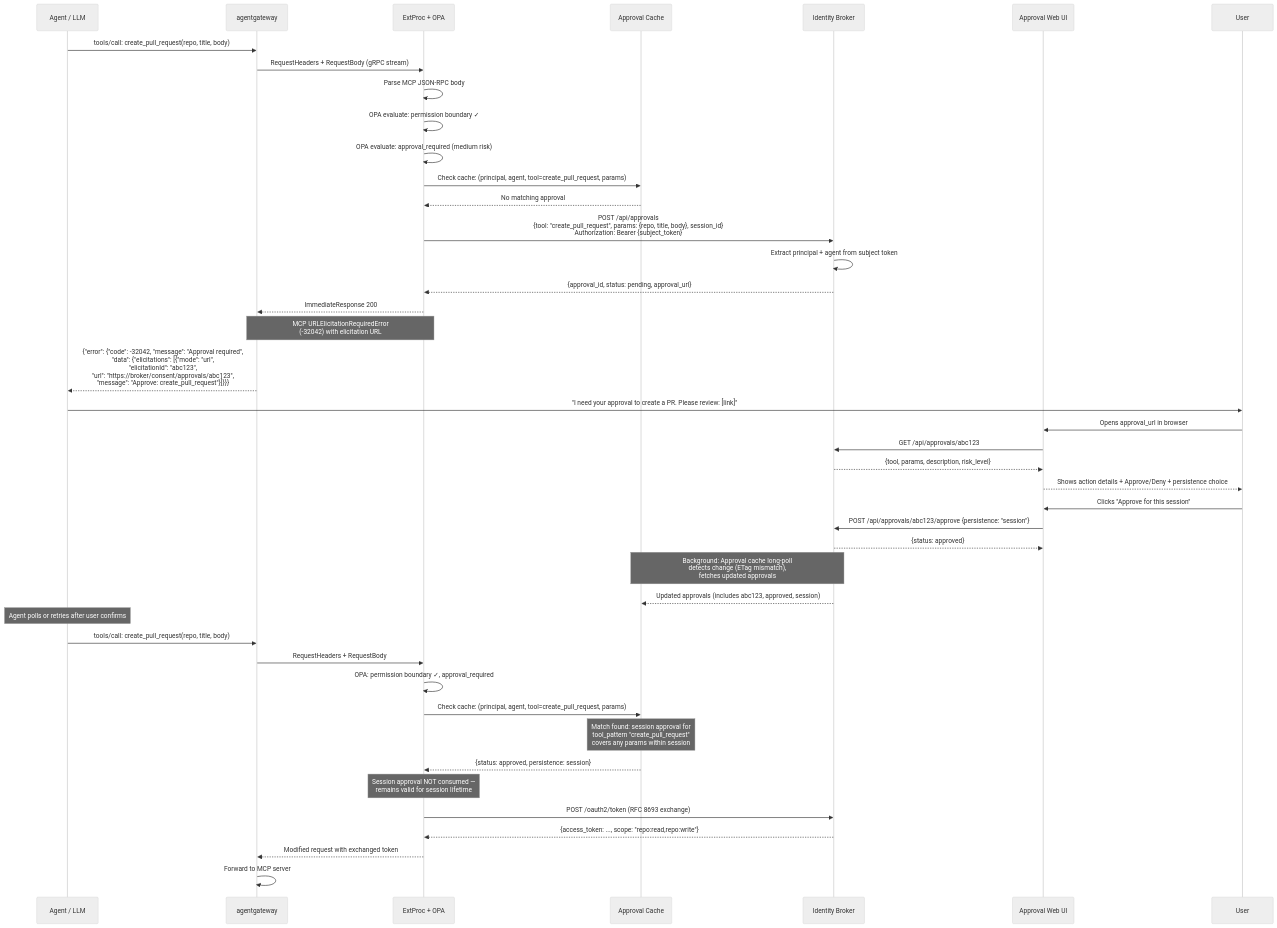
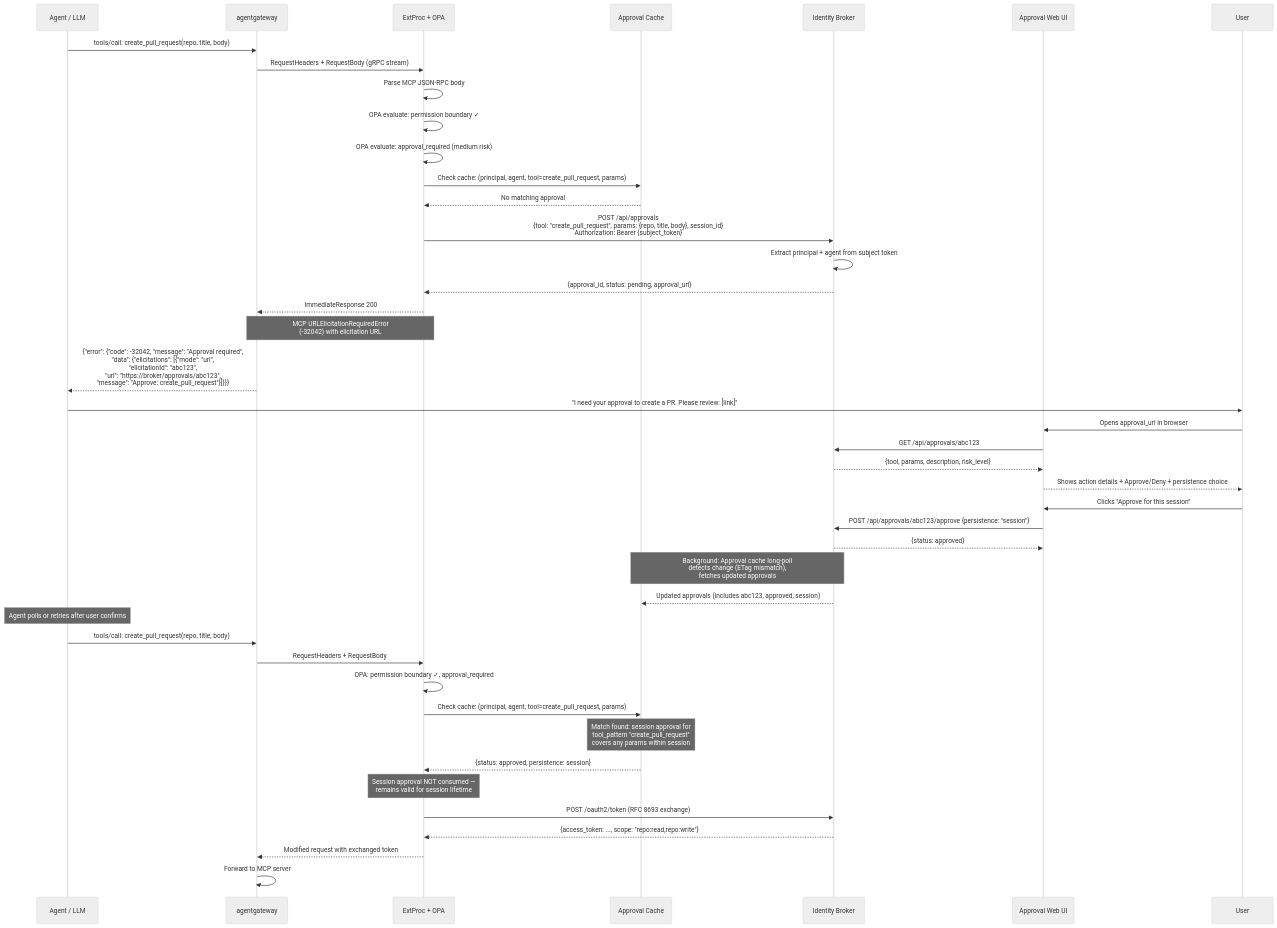
The seventh of 17 diagrams in specs/design-permission-sets-tool-authorization.md (zalando-incubator/agentic-identity-broker), drawn with Mermaid (neutral theme) before and after one commit. The commit also changed other lines of this file and 101 other files, not shown here.

Commit message:
feat: ExtProc support for the broker Tool Approval API (#17)

````diff
--- a/specs/design-permission-sets-tool-authorization.md
+++ b/specs/design-permission-sets-tool-authorization.md
@@ -555,54 +555,54 @@
 ```mermaid
 sequenceDiagram
     participant Agent as Agent / LLM
     participant GW as agentgateway
     participant EP as ExtProc + OPA
     participant AC as Approval Cache
     participant Broker as Identity Broker
     participant UI as Approval Web UI
     participant User as User
 
     Agent->>GW: tools/call: create_pull_request(repo, title, body)
     GW->>EP: RequestHeaders + RequestBody (gRPC stream)
     EP->>EP: Parse MCP JSON-RPC body
     EP->>EP: OPA evaluate: permission boundary ✓
     EP->>EP: OPA evaluate: approval_required (medium risk)
     EP->>AC: Check cache: (principal, agent, tool=create_pull_request, params)
     AC-->>EP: No matching approval
 
     EP->>Broker: POST /api/approvals<br/>{tool: "create_pull_request", params: {repo, title, body}, session_id}<br/>Authorization: Bearer {subject_token}
     Broker->>Broker: Extract principal + agent from subject token
     Broker-->>EP: {approval_id, status: pending, approval_url}
 
     EP-->>GW: ImmediateResponse 200
     Note over EP,GW: MCP URLElicitationRequiredError<br/>(-32042) with elicitation URL
-    GW-->>Agent: {"error": {"code": -32042, "message": "Approval required",<br/>"data": {"elicitations": [{"mode": "url",<br/>"elicitationId": "abc123",<br/>"url": "https://broker/consent/approvals/abc123",<br/>"message": "Approve: create_pull_request"}]}}}
+    GW-->>Agent: {"error": {"code": -32042, "message": "Approval required",<br/>"data": {"elicitations": [{"mode": "url",<br/>"elicitationId": "abc123",<br/>"url": "https://broker/approvals/abc123",<br/>"message": "Approve: create_pull_request"}]}}}
 
     Agent->>User: "I need your approval to create a PR. Please review: [link]"
     User->>UI: Opens approval_url in browser
 
     UI->>Broker: GET /api/approvals/abc123
     Broker-->>UI: {tool, params, description, risk_level}
     UI-->>User: Shows action details + Approve/Deny + persistence choice
 
     User->>UI: Clicks "Approve for this session"
     UI->>Broker: POST /api/approvals/abc123/approve {persistence: "session"}
     Broker-->>UI: {status: approved}
 
     Note over AC,Broker: Background: Approval cache long-poll<br/>detects change (ETag mismatch),<br/>fetches updated approvals
     Broker-->>AC: Updated approvals (includes abc123, approved, session)
 
     Note over Agent: Agent polls or retries after user confirms
     Agent->>GW: tools/call: create_pull_request(repo, title, body)
     GW->>EP: RequestHeaders + RequestBody
     EP->>EP: OPA: permission boundary ✓, approval_required
     EP->>AC: Check cache: (principal, agent, tool=create_pull_request, params)
     Note over AC: Match found: session approval for<br/>tool_pattern "create_pull_request"<br/>covers any params within session
     AC-->>EP: {status: approved, persistence: session}
     Note over EP: Session approval NOT consumed —<br/>remains valid for session lifetime
 
     EP->>Broker: POST /oauth2/token (RFC 8693 exchange)
     Broker-->>EP: {access_token: ..., scope: "repo:read,repo:write"}
     EP-->>GW: Modified request with exchanged token
     GW->>GW: Forward to MCP server
 ```
````
